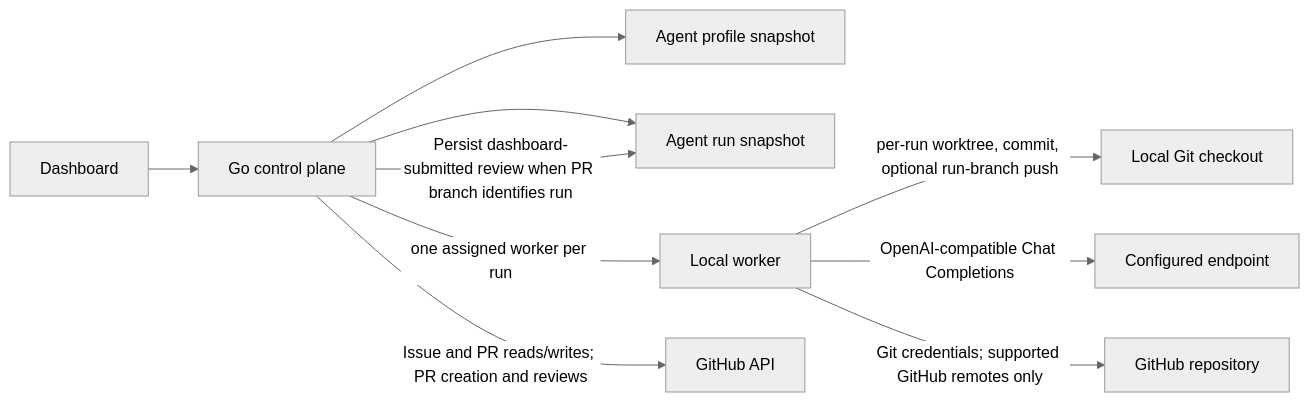
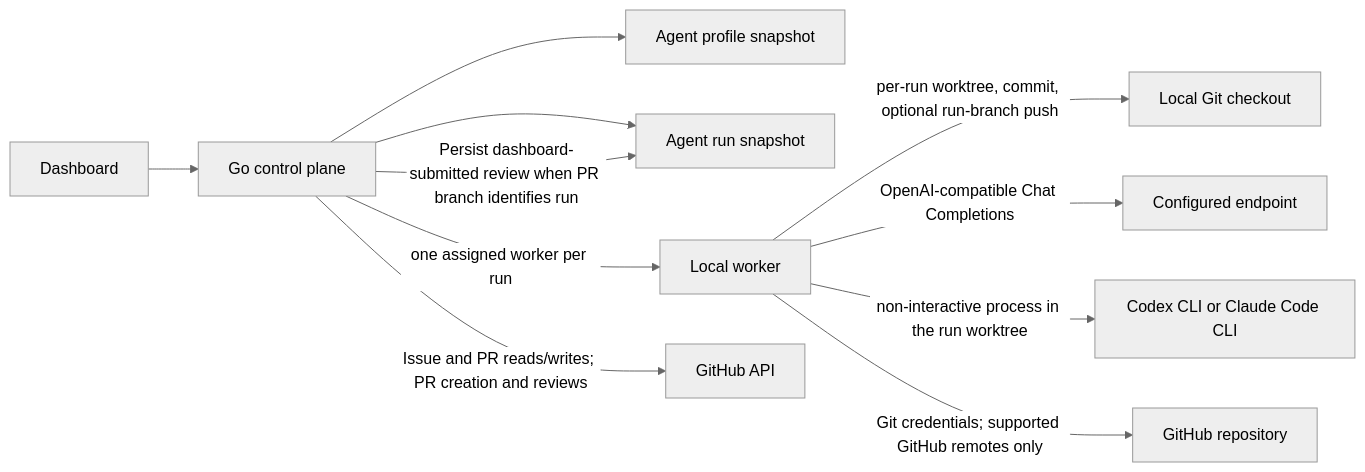
The diagram in docs/architecture/architecture-checkpoint.md (bogdaniel/zenchron-engineering-os), drawn with Mermaid (neutral theme) before and after one commit. The commit also changed other lines of this file and 8 other files, not shown here.

First line of the commit message:
docs: record backend decisions, issue-to-PR flow, and worker enrollment

````diff
--- a/docs/architecture/architecture-checkpoint.md
+++ b/docs/architecture/architecture-checkpoint.md
@@ -40,12 +43,13 @@
 ```mermaid
 flowchart LR
     UI[Dashboard] --> API[Go control plane]
     API --> Profiles[Agent profile snapshot]
     API --> Runs[Agent run snapshot]
     API -->|one assigned worker per run| Worker[Local worker]
     Worker -->|per-run worktree, commit, optional run-branch push| Repo[Local Git checkout]
     Worker -->|OpenAI-compatible Chat Completions| Model[Configured endpoint]
+    Worker -->|non-interactive process in the run worktree| CLI[Codex CLI or Claude Code CLI]
     Worker -->|Git credentials; supported GitHub remotes only| GitHubRepo[GitHub repository]
     API -->|Issue and PR reads/writes; PR creation and reviews| GitHub[GitHub API]
     API -->|Persist dashboard-submitted review when PR branch identifies run| Runs
 ```
````
